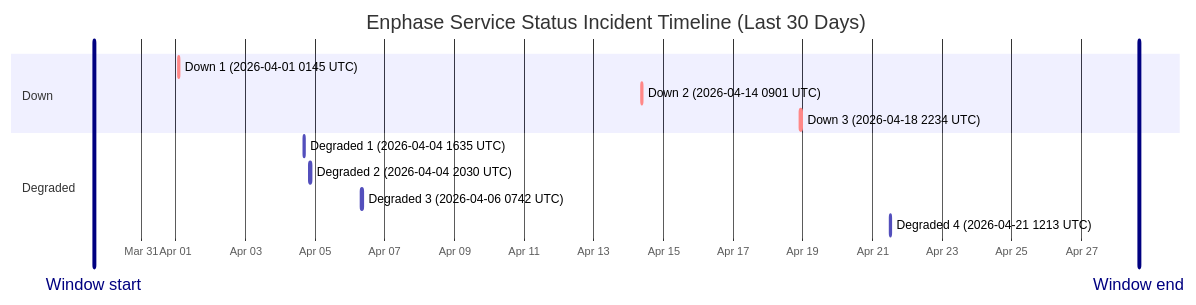
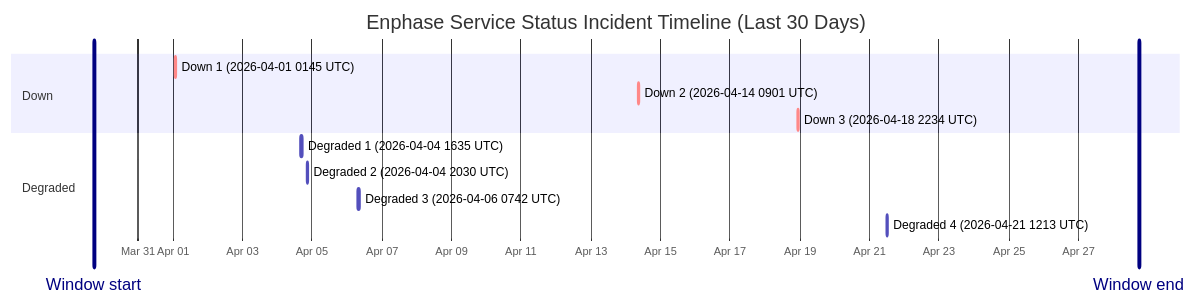
Before and after one commit to barneyonline/ha-enphase-ev-charger: the diagram in wiki/Service-Status-History.md, drawn with Mermaid. The commit also changed other lines of this file and 3 other files, not shown here.

````diff
--- a/wiki/Service-Status-History.md
+++ b/wiki/Service-Status-History.md
@@ -14,17 +14,17 @@
 ```mermaid
 gantt
     title Enphase Service Status Incident Timeline (Last 30 Days)
     dateFormat  YYYY-MM-DDTHH:mm:ss
     axisFormat  %b %d
-    Window start :vert, window-start, 2026-03-29T15:43:18, 0ms
-    Window end :vert, window-end, 2026-04-28T15:43:18, 0ms
+    Window start :vert, window-start, 2026-03-29T17:45:44, 0ms
+    Window end :vert, window-end, 2026-04-28T17:45:44, 0ms
     section Down
     Down 1 (2026-04-01 0145 UTC) :crit, down-1, 2026-04-01T01:45:09, 60m
     Down 2 (2026-04-14 0901 UTC) :crit, down-2, 2026-04-14T09:01:13, 60m
     Down 3 (2026-04-18 2234 UTC) :crit, down-3, 2026-04-18T22:34:13, 60m
     section Degraded
     Degraded 1 (2026-04-04 1635 UTC) :active, degraded-1, 2026-04-04T16:35:17, 60m
     Degraded 2 (2026-04-04 2030 UTC) :active, degraded-2, 2026-04-04T20:30:40, 60m
     Degraded 3 (2026-04-06 0742 UTC) :active, degraded-3, 2026-04-06T07:42:09, 85m
     Degraded 4 (2026-04-21 1213 UTC) :active, degraded-4, 2026-04-21T12:13:11, 60m
 ```
````
